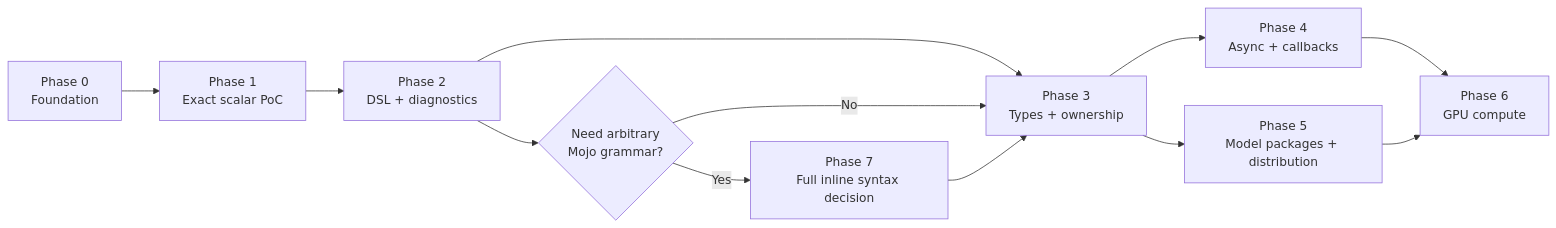
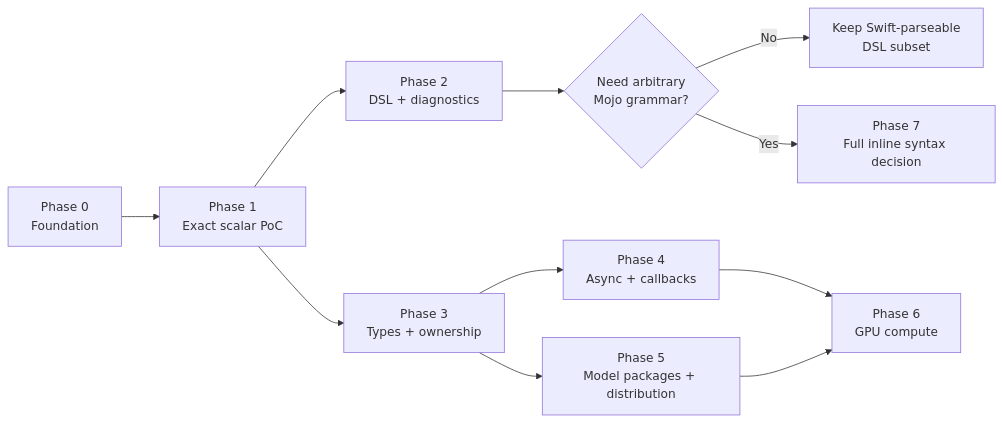
The first of 4 diagrams in docs/ROADMAP.md (1amageek/swift-mojo), drawn with Mermaid before and after one commit. The commit also changed other lines of this file and 39 other files, not shown here.

````diff
--- a/docs/ROADMAP.md
+++ b/docs/ROADMAP.md
@@ -18,14 +18,13 @@
 ```mermaid
 flowchart LR
     P0["Phase 0<br/>Foundation"] --> P1["Phase 1<br/>Exact scalar PoC"]
     P1 --> P2["Phase 2<br/>DSL + diagnostics"]
-    P2 --> P3["Phase 3<br/>Types + ownership"]
+    P1 --> P3["Phase 3<br/>Types + ownership"]
     P3 --> P4["Phase 4<br/>Async + callbacks"]
     P3 --> P5["Phase 5<br/>Model packages + distribution"]
     P4 --> P6["Phase 6<br/>GPU compute"]
     P5 --> P6
     P2 --> D{"Need arbitrary<br/>Mojo grammar?"}
-    D -->|No| P3
+    D -->|No| K["Keep Swift-parseable<br/>DSL subset"]
     D -->|Yes| P7["Phase 7<br/>Full inline syntax decision"]
-    P7 --> P3
 ```
````
